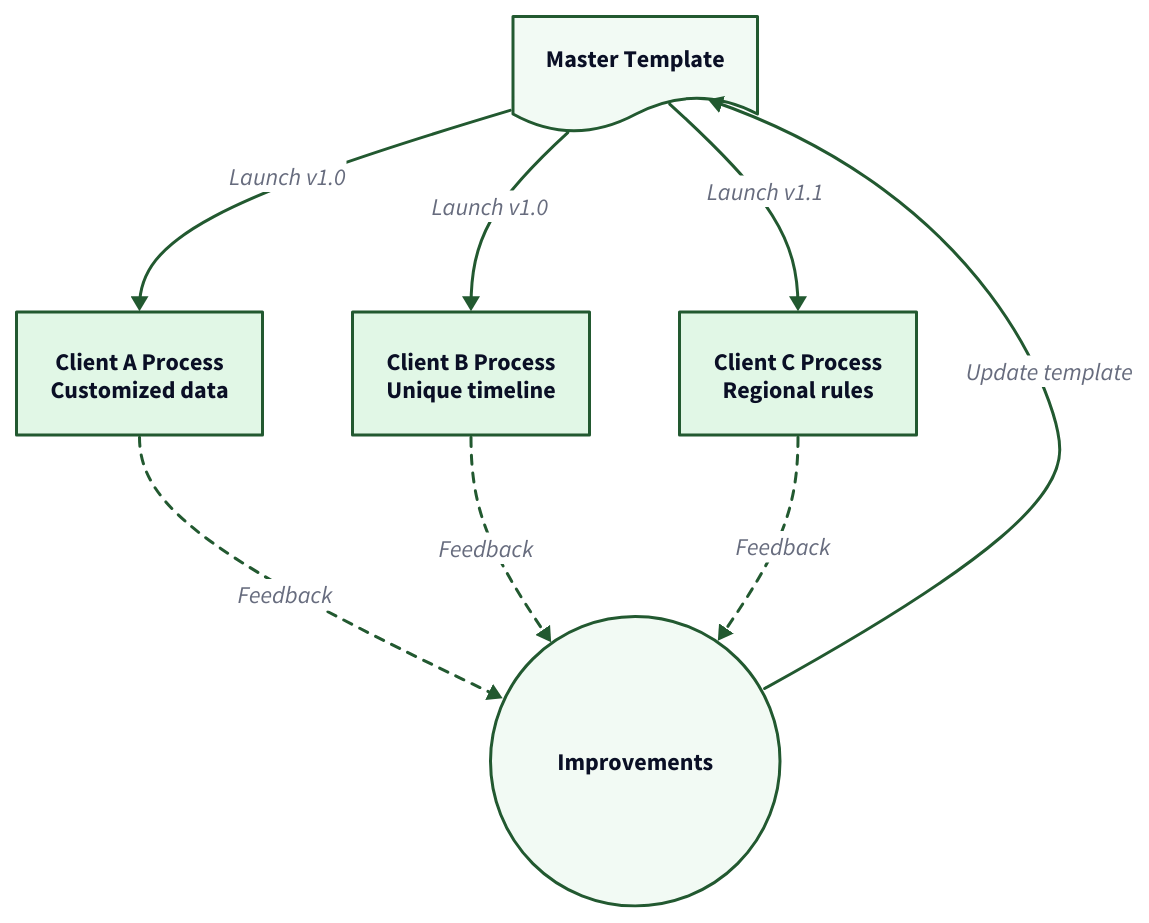
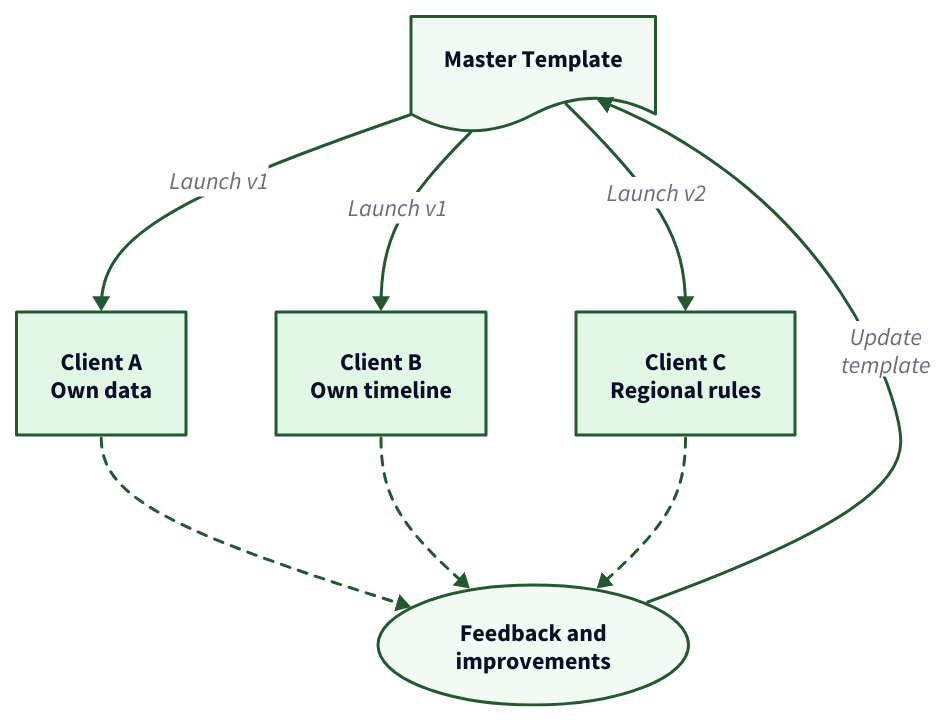
The diagram in src/content/docs/pro/documenting/templates/master-templates-vs-processes.mdx (tallyfy/documentation), drawn with D2 before and after one commit. The commit also changed 12 other files, not shown here.

First line of the commit message:
Redraw 14 diagrams on 13 help pages so their text reads at full size

````diff
--- a/src/content/docs/pro/documenting/templates/master-templates-vs-processes.mdx
+++ b/src/content/docs/pro/documenting/templates/master-templates-vs-processes.mdx
@@ -30,69 +30,69 @@
 ```d2
 # Template to Process Relationship
 direction: down
 
 # Master Template
 Template: Master Template {
   shape: document
   style.fill: "#f2faf4"
   style.stroke: "#225930"
   style.stroke-width: 2
 }
 
 # Process Instances
-Process1: Client A Process\nCustomized data {
+Process1: "Client A\nOwn data" {
   shape: rectangle
   style.fill: "#e1f7e6"
   style.stroke: "#225930"
 }
 
-Process2: Client B Process\nUnique timeline {
+Process2: "Client B\nOwn timeline" {
   shape: rectangle
   style.fill: "#e1f7e6"
   style.stroke: "#225930"
 }
 
-Process3: Client C Process\nRegional rules {
+Process3: "Client C\nRegional rules" {
   shape: rectangle
   style.fill: "#e1f7e6"
   style.stroke: "#225930"
 }
 
 # Feedback Loop
-Feedback: Improvements {
-  shape: circle
+Feedback: "Feedback and\nimprovements" {
+  shape: oval
   style.fill: "#f2faf4"
   style.stroke: "#225930"
 }
 
 # Launch Relationships
-Template -> Process1: Launch v1.0 {
+Template -> Process1: "Launch v1" {
   style.stroke: "#225930"
   style.stroke-width: 2
 }
-Template -> Process2: Launch v1.0 {
+Template -> Process2: "Launch v1" {
   style.stroke: "#225930"
   style.stroke-width: 2
 }
-Template -> Process3: Launch v1.1 {
+Template -> Process3: "Launch v2" {
   style.stroke: "#225930"
   style.stroke-width: 2
 }
 
 # Feedback connections
-Process1 -> Feedback: Feedback {
+Process1 -> Feedback: {
   style.stroke: "#225930"
   style.stroke-dash: 3
 }
-Process2 -> Feedback: Feedback {
+Process2 -> Feedback: {
   style.stroke: "#225930"
   style.stroke-dash: 3
 }
-Process3 -> Feedback: Feedback {
+Process3 -> Feedback: {
   style.stroke: "#225930"
   style.stroke-dash: 3
 }
-Feedback -> Template: Update template {
+Feedback -> Template: "Update\ntemplate" {
   style.stroke: "#225930"
 }
 ```
````
